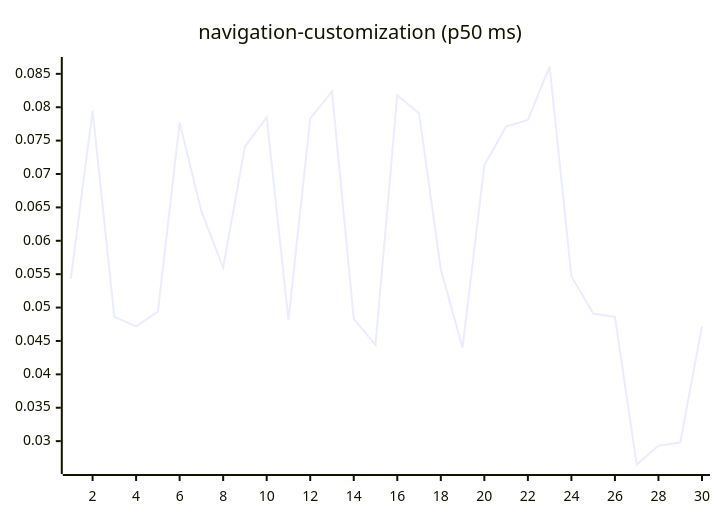
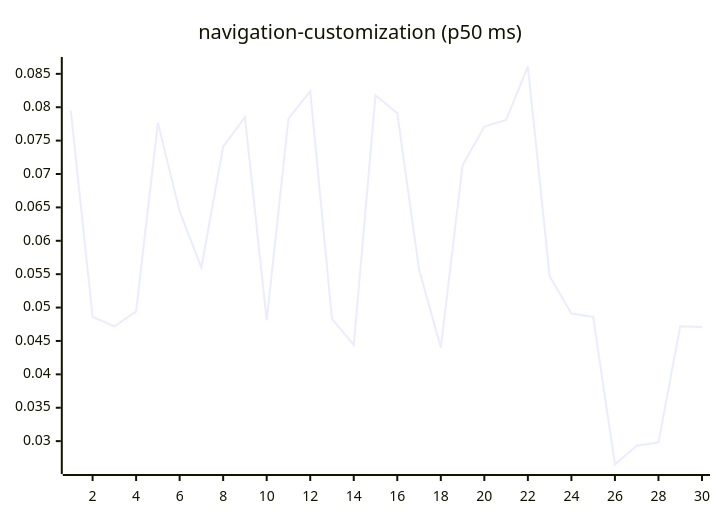
Diagram 15 of 27 in README.md (josha/Facet), drawn with Mermaid before and after one commit. The commit also changed other lines of this file and 2 other files, not shown here.

````diff
--- a/README.md
+++ b/README.md
@@ -161,6 +161,6 @@
 ```mermaid
 xychart-beta
     title "navigation-customization (p50 ms)"
     x-axis 1 --> 30
-    line [0.0543, 0.0795, 0.0486, 0.0472, 0.0494, 0.0777, 0.0644, 0.0560, 0.0741, 0.0785, 0.0481, 0.0783, 0.0824, 0.0483, 0.0444, 0.0818, 0.0791, 0.0557, 0.0440, 0.0713, 0.0771, 0.0781, 0.0861, 0.0547, 0.0491, 0.0486, 0.0265, 0.0293, 0.0298, 0.0472]
+    line [0.0795, 0.0486, 0.0472, 0.0494, 0.0777, 0.0644, 0.0560, 0.0741, 0.0785, 0.0481, 0.0783, 0.0824, 0.0483, 0.0444, 0.0818, 0.0791, 0.0557, 0.0440, 0.0713, 0.0771, 0.0781, 0.0861, 0.0547, 0.0491, 0.0486, 0.0265, 0.0293, 0.0298, 0.0472, 0.0471]
 ```
````
